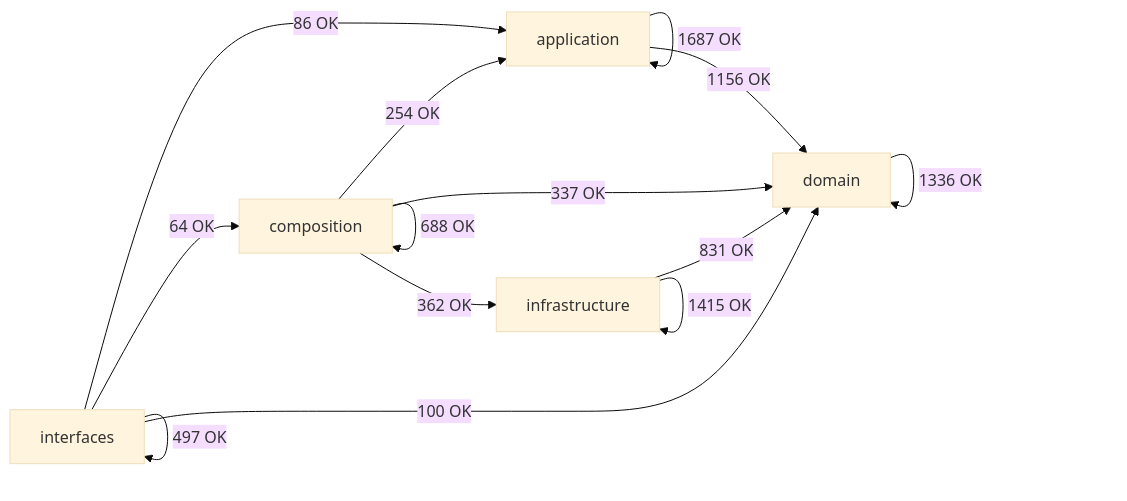
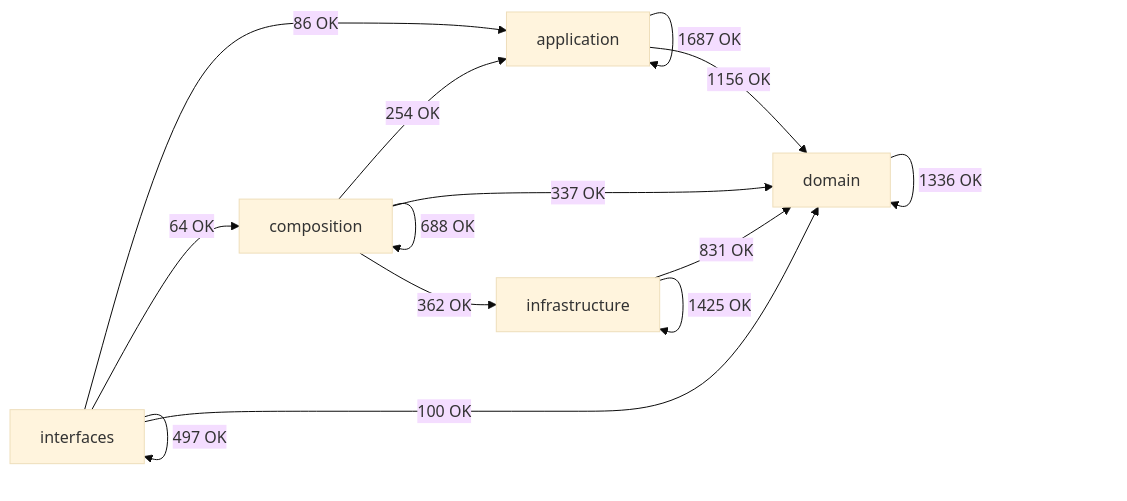
The diagram in docs/02-architecture/generated/module-dependency-map.md (SatoryKono/BioactivityDataAcquisition), drawn with Mermaid (base theme) before and after one commit. The commit also changed other lines of this file and 38 other files, not shown here.

````diff
--- a/docs/02-architecture/generated/module-dependency-map.md
+++ b/docs/02-architecture/generated/module-dependency-map.md
@@ -17,21 +17,21 @@
 ```mermaid
 flowchart LR
     domain[domain]
     application[application]
     infrastructure[infrastructure]
     composition[composition]
     interfaces[interfaces]
     application -->|1687 OK| application
     application -->|1156 OK| domain
     composition -->|254 OK| application
     composition -->|688 OK| composition
     composition -->|337 OK| domain
     composition -->|362 OK| infrastructure
     domain -->|1336 OK| domain
     infrastructure -->|831 OK| domain
-    infrastructure -->|1415 OK| infrastructure
+    infrastructure -->|1425 OK| infrastructure
     interfaces -->|86 OK| application
     interfaces -->|64 OK| composition
     interfaces -->|100 OK| domain
     interfaces -->|497 OK| interfaces
 ```
````
